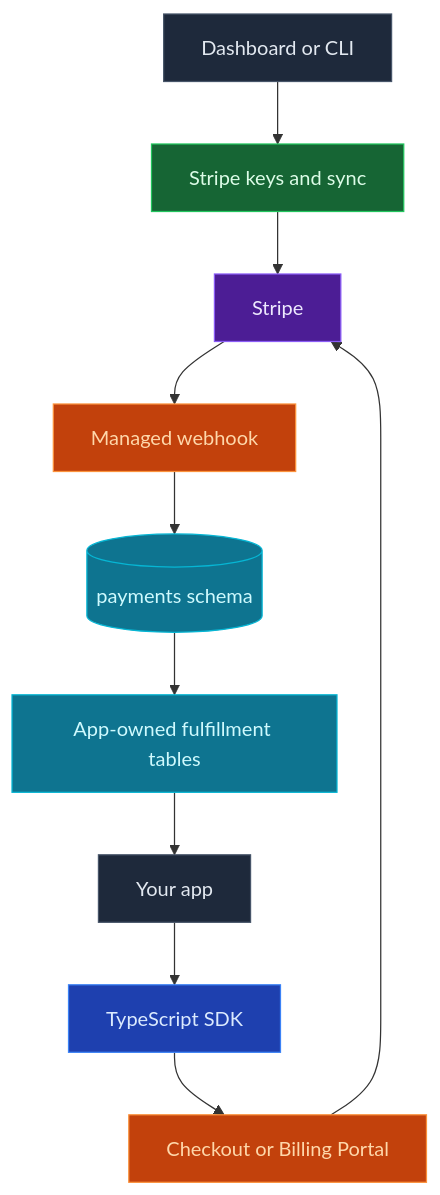
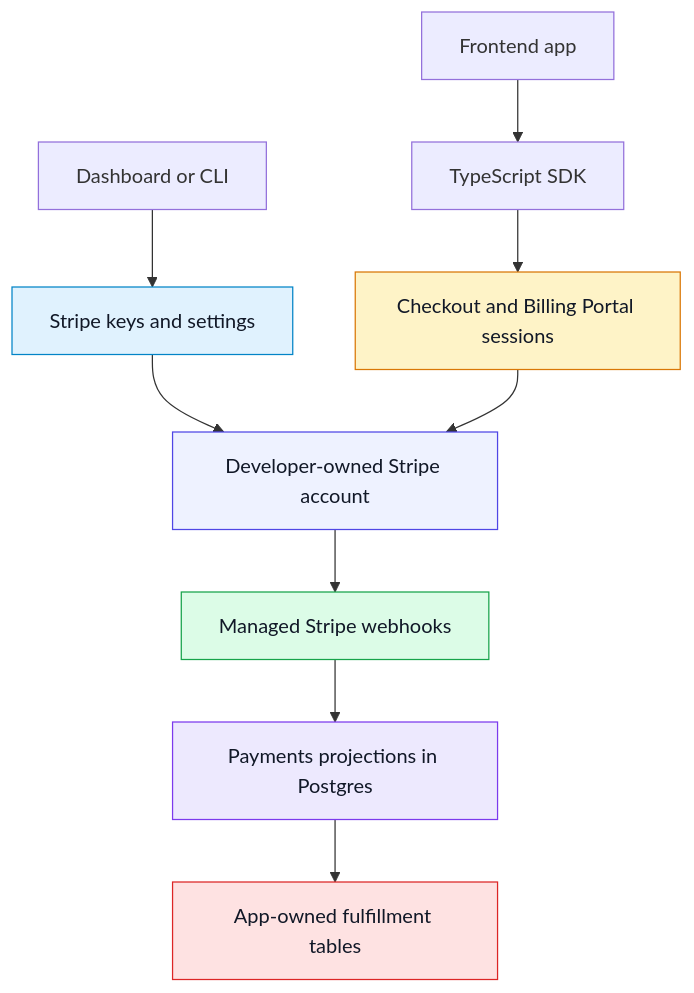
Before and after one commit to InsForge/InsForge: the diagram in docs/core-concepts/payments/overview.mdx, drawn with Mermaid. The commit also changed other lines of this file and 4 other files, not shown here.

````diff
--- a/docs/core-concepts/payments/overview.mdx
+++ b/docs/core-concepts/payments/overview.mdx
@@ -21,24 +21,20 @@
 ```mermaid
-graph TB
-    Admin[Dashboard or CLI] --> Config[Stripe keys and sync]
-    Config --> Stripe[Stripe]
+flowchart TB
+    Admin["Dashboard or CLI"] --> Settings["Stripe keys and settings"]
+    Settings --> Stripe["Developer-owned Stripe account"]
 
-    App[Your app] --> SDK[TypeScript SDK]
-    SDK --> Checkout[Checkout or Billing Portal]
-    Checkout --> Stripe
+    App["Frontend app"] --> SDK["TypeScript SDK"]
+    SDK --> Sessions["Checkout and Billing Portal sessions"]
+    Sessions --> Stripe
 
-    Stripe --> Webhook[Managed webhook]
-    Webhook --> Payments[(payments schema)]
-    Payments --> Fulfillment[App-owned fulfillment tables]
-    Fulfillment --> App
+    Stripe --> Webhooks["Managed Stripe webhooks"]
+    Webhooks --> Projections["Payments projections in Postgres"]
+    Projections --> Fulfillment["App-owned fulfillment tables"]
 
-    style Admin fill:#1e293b,stroke:#475569,color:#e2e8f0
-    style Config fill:#166534,stroke:#22c55e,color:#dcfce7
-    style Stripe fill:#4c1d95,stroke:#8b5cf6,color:#ede9fe
-    style App fill:#1e293b,stroke:#475569,color:#e2e8f0
-    style SDK fill:#1e40af,stroke:#3b82f6,color:#dbeafe
-    style Checkout fill:#c2410c,stroke:#fb923c,color:#fed7aa
-    style Webhook fill:#c2410c,stroke:#fb923c,color:#fed7aa
-    style Payments fill:#0e7490,stroke:#06b6d4,color:#cffafe
-    style Fulfillment fill:#0e7490,stroke:#06b6d4,color:#cffafe
+    style Settings fill:#e0f2fe,stroke:#0284c7,color:#111827
+    style Stripe fill:#eef2ff,stroke:#4f46e5,color:#111827
+    style Sessions fill:#fef3c7,stroke:#d97706,color:#111827
+    style Webhooks fill:#dcfce7,stroke:#16a34a,color:#111827
+    style Projections fill:#ede9fe,stroke:#7c3aed,color:#111827
+    style Fulfillment fill:#fee2e2,stroke:#dc2626,color:#111827
 ```
````
